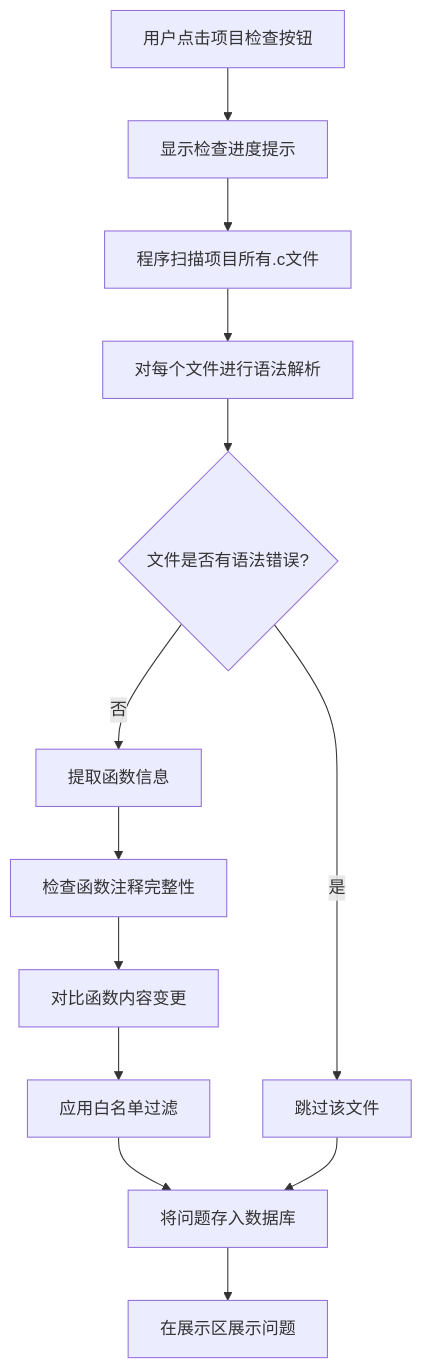
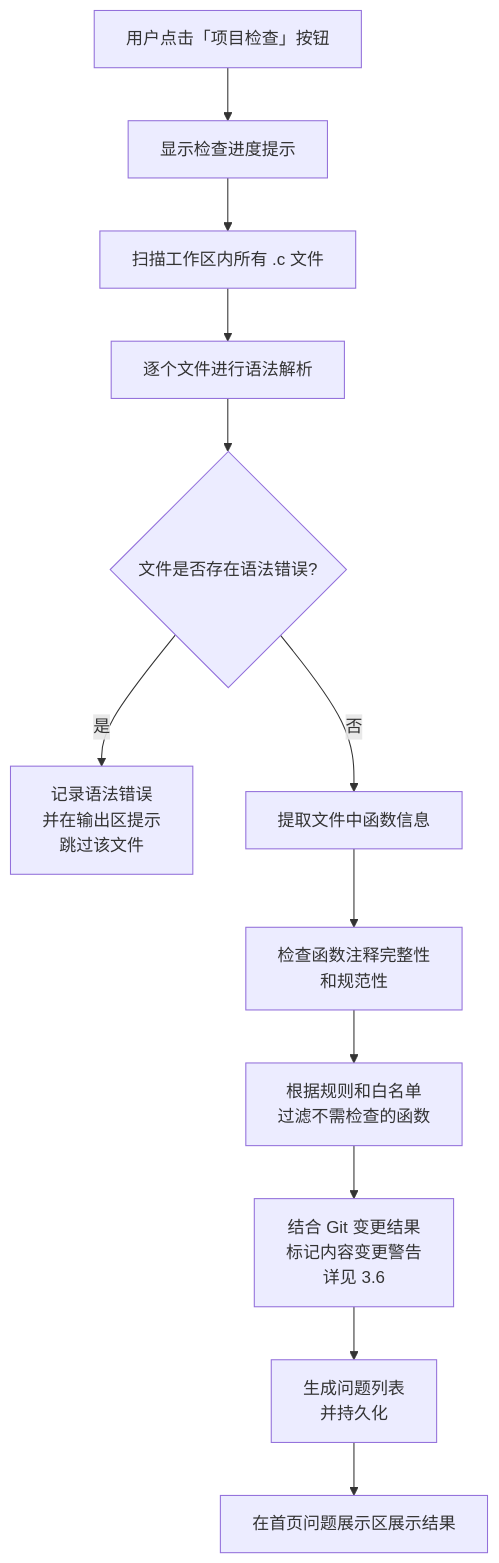
Before and after one commit to Aldebaran638/Doc-Doctor: the second of 9 diagrams in RequirementDocument/需求文档.md, drawn with Mermaid. The commit also changed other lines of this file, not shown here.

````diff
--- a/RequirementDocument/需求文档.md
+++ b/RequirementDocument/需求文档.md
@@ -17,15 +168,21 @@
 ```mermaid
 flowchart TD
-    A[用户点击项目检查按钮] --> B[显示检查进度提示]
-    B --> C[程序扫描项目所有.c文件]
-    C --> D[对每个文件进行语法解析]
-    D --> E{文件是否有语法错误?}
-    E -->|是| F[跳过该文件]
-    E -->|否| G[提取函数信息]
-    G --> H[检查函数注释完整性]
-    H --> I[对比函数内容变更]
-    I --> J[应用白名单过滤]
-    J --> K[将问题存入数据库]
-    F --> K
-    K --> L[在展示区展示问题]
+    A[用户点击「项目检查」按钮] --> B[显示检查进度提示]
+    B --> C[扫描工作区内所有 .c 文件]
+    C --> D[逐个文件进行语法解析]
+    D --> E{文件是否存在语法错误?}
+    E -->|是| F[记录语法错误
+并在输出区提示
+跳过该文件]
+    E -->|否| G[提取文件中函数信息]
+    G --> H[检查函数注释完整性
+和规范性]
+    H --> I[根据规则和白名单
+过滤不需检查的函数]
+    I --> J[结合 Git 变更结果
+标记内容变更警告
+详见 3.6]
+    J --> K[生成问题列表
+并持久化]
+    K --> L[在首页问题展示区展示结果]
 ```
````
